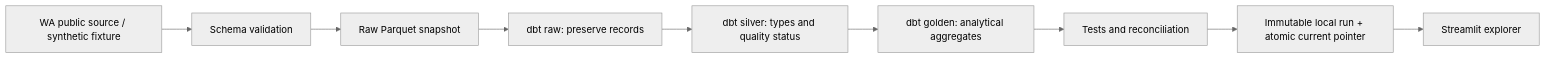
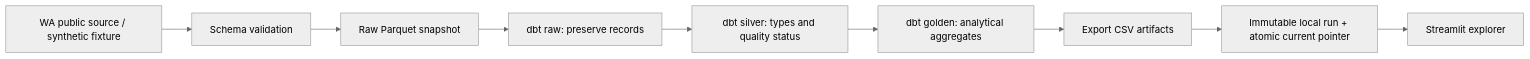
Before and after one commit to thiagobellotto/washington_ev_explorer: the diagram in README.md, drawn with Mermaid (neutral theme). The commit also changed other lines of this file and 6 other files, not shown here.

````diff
--- a/README.md
+++ b/README.md
@@ -52,11 +52,11 @@
 ```mermaid
 flowchart LR
     A[WA public source / synthetic fixture] --> B[Schema validation]
     B --> C[Raw Parquet snapshot]
     C --> D[dbt raw: preserve records]
     D --> E[dbt silver: types and quality status]
     E --> F[dbt golden: analytical aggregates]
-    F --> G[Tests and reconciliation]
+    F --> G[Export CSV artifacts]
     G --> H[Immutable local run + atomic current pointer]
     H --> I[Streamlit explorer]
 ```
````
